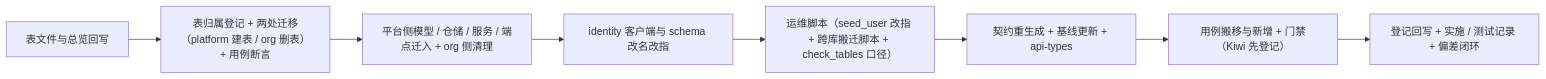
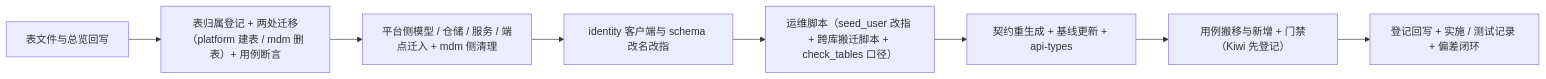
Before and after one commit to minjian123/basic-management-system: the third of 3 diagrams in bms文档/项目/07_RBAC基础模块/任务/02_用户与角色/02_用户与角色_05_用户账号归口平台/设计/01_详细设计_05_用户账号归口平台.md, drawn with Mermaid. The commit also changed other lines of this file and 501 other files, not shown here.

````diff
--- a/bms文档/项目/07_RBAC基础模块/任务/02_用户与角色/02_用户与角色_05_用户账号归口平台/设计/01_详细设计_05_用户账号归口平台.md
+++ b/bms文档/项目/07_RBAC基础模块/任务/02_用户与角色/02_用户与角色_05_用户账号归口平台/设计/01_详细设计_05_用户账号归口平台.md
@@ -249,10 +249,10 @@
 ```mermaid
 flowchart LR
-    A["表文件与总览回写"] --> B["表归属登记 + 两处迁移（platform 建表 / org 删表）+ 用例断言"]
-    B --> C["平台侧模型 / 仓储 / 服务 / 端点迁入 + org 侧清理"]
+    A["表文件与总览回写"] --> B["表归属登记 + 两处迁移（platform 建表 / mdm 删表）+ 用例断言"]
+    B --> C["平台侧模型 / 仓储 / 服务 / 端点迁入 + mdm 侧清理"]
     C --> D["identity 客户端与 schema 改名改指"]
     D --> E["运维脚本（seed_user 改指 + 跨库搬迁脚本 + check_tables 口径）"]
     E --> F["契约重生成 + 基线更新 + api-types"]
     F --> G["用例搬移与新增 + 门禁（Kiwi 先登记）"]
     G --> H["登记回写 + 实施 / 测试记录 + 偏差闭环"]
 ```
````
